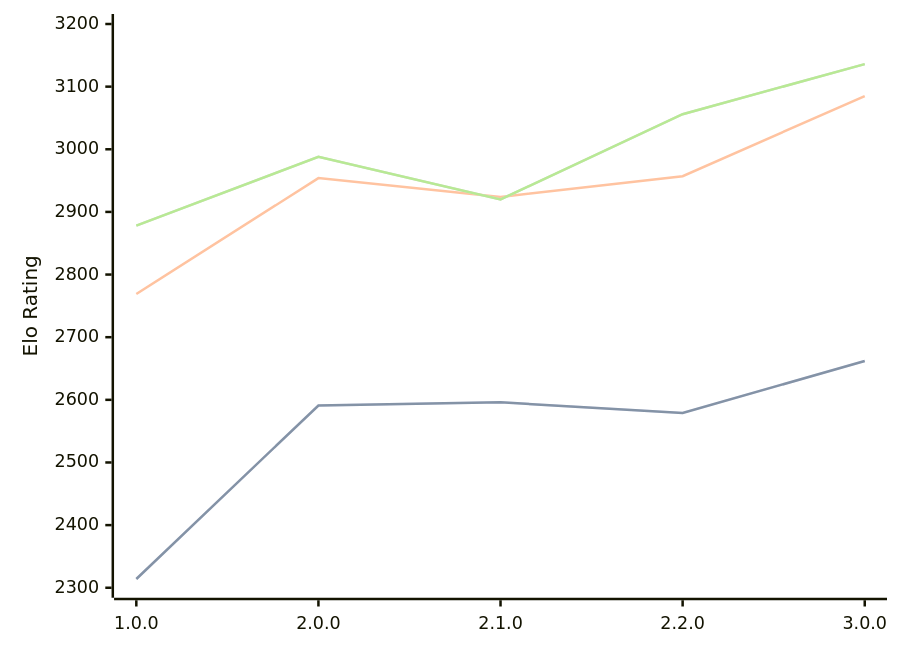
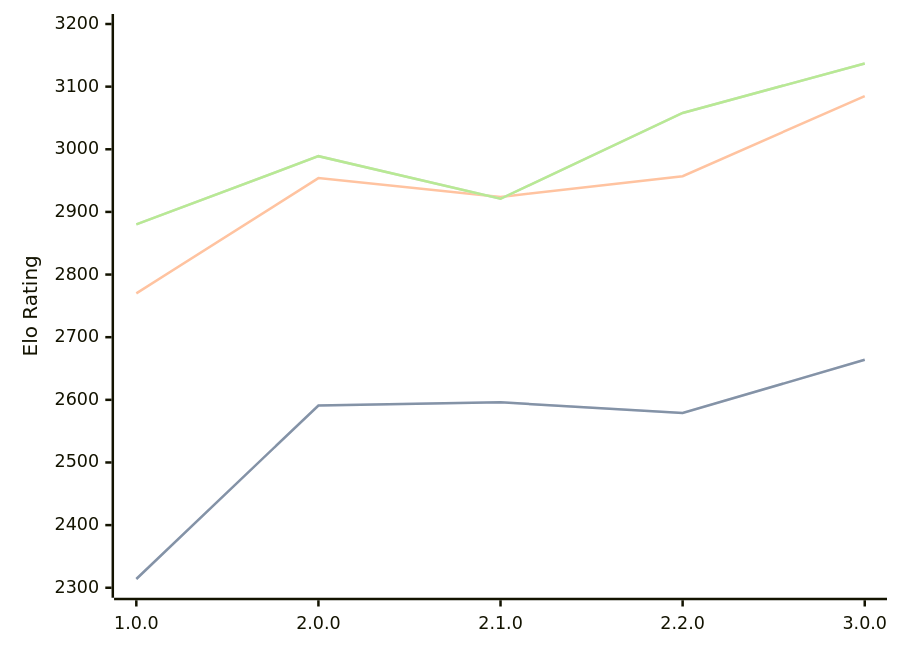
Before and after one commit to computer-chess-index/cci: the diagram in engines/Catalyst.md, drawn with Mermaid. The commit also changed other lines of this file, not shown here.

Commit message:
Update CCI Ratings (ELO VLTC) - 2026-09-16

````diff
--- a/engines/Catalyst.md
+++ b/engines/Catalyst.md
@@ -36,11 +36,11 @@
 ```mermaid
 %%{init: {"theme":"base","themeVariables":{"seriesColors:['#a3a3a3','#222221','#faa371']}}}%%
 xychart-beta
   x-axis ["1.0.0", "2.0.0", "2.1.0", "2.2.0", "3.0.0"]
   y-axis "Elo Rating" 2300 --> 3200
-  line "" [2314, 2591, 2596, 2579, 2662]
-  line "STC (8.0+0.08s)" [2314, 2591, 2596, 2579, 2662]
-  line "LTC (60.0+0.60s)" [2769, 2954, 2924, 2957, 3085]
-  line "" [2878, 2988, 2920, 3056, 3136]
-  line "VLTC (2m24s+1.12s)" [2878, 2988, 2920, 3056, 3136]
+  line "" [2314, 2591, 2596, 2579, 2664]
+  line "STC (8.0+0.08s)" [2314, 2591, 2596, 2579, 2664]
+  line "LTC (60.0+0.60s)" [2770, 2954, 2924, 2957, 3085]
+  line "" [2880, 2989, 2921, 3058, 3137]
+  line "VLTC (2m24s+1.12s)" [2880, 2989, 2921, 3058, 3137]
 ```
````
